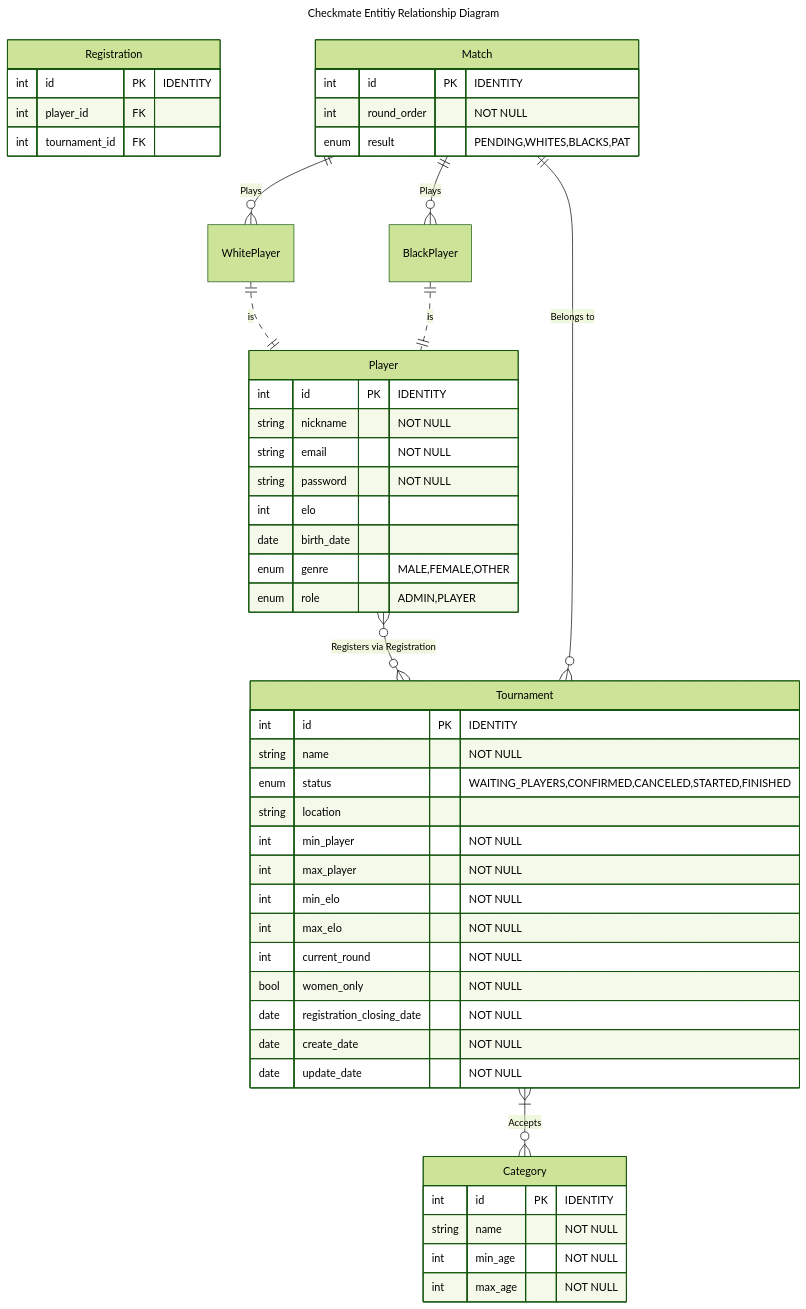
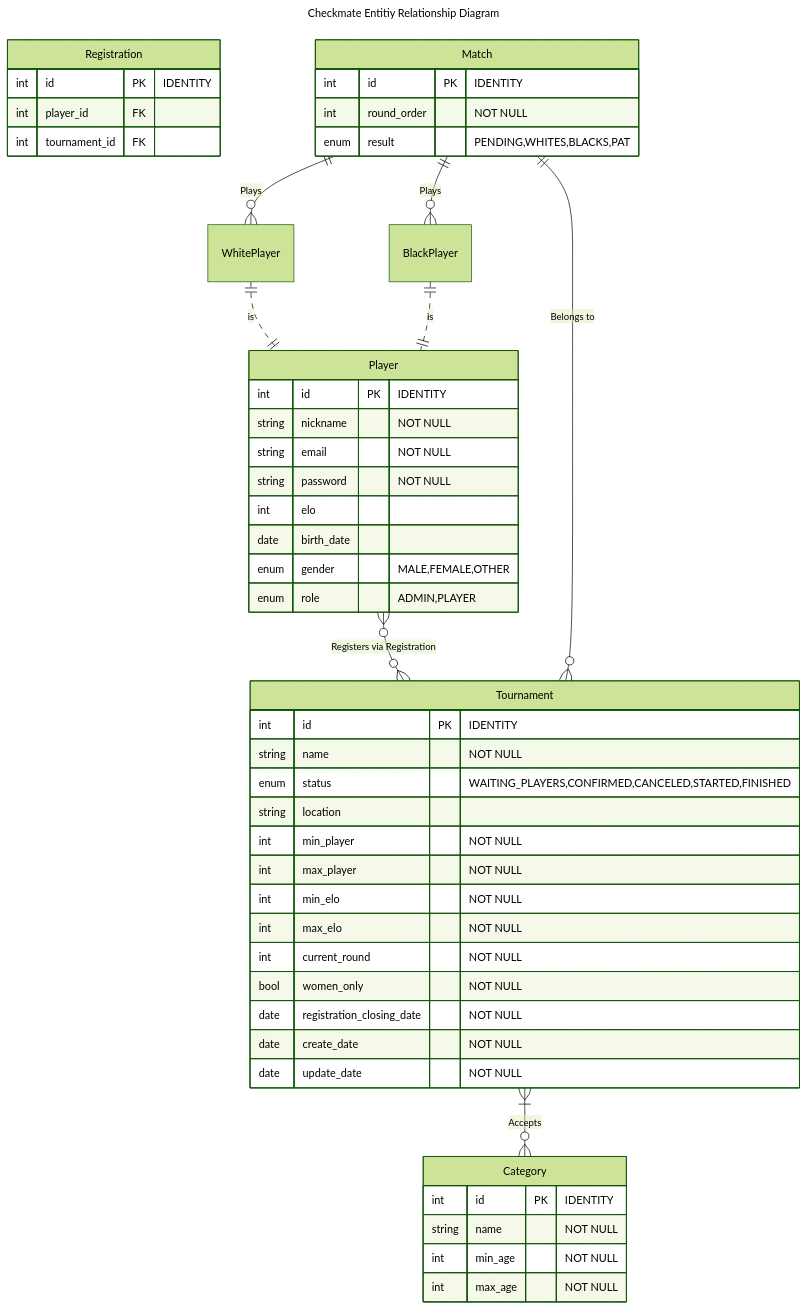
Before and after one commit to efemero-formation-fullstack/checkmate: the diagram in specs/erd.mmd, drawn with Mermaid. The commit also changed 21 other files, not shown here.

```diff
--- a/specs/erd.mmd
+++ b/specs/erd.mmd
@@ -1,67 +1,67 @@
 ---
 config:
   theme: 'forest'
 title: Checkmate Entitiy Relationship Diagram
 ---
 
 erDiagram
 	Player {
 		int id PK "IDENTITY"
 		string nickname "NOT NULL"
 		string email "NOT NULL"
 		string password "NOT NULL"
 		int elo
 		date birth_date
-		enum genre "MALE,FEMALE,OTHER"
+		enum gender "MALE,FEMALE,OTHER"
 		enum role "ADMIN,PLAYER"
 	}
 	
 	WhitePlayer {}
 	
 	BlackPlayer {}
 
 	WhitePlayer ||..|| Player : is
 	BlackPlayer ||..|| Player : is
 
 	Tournament {
 		int id PK "IDENTITY"
 		string name "NOT NULL"
 		enum status "WAITING_PLAYERS,CONFIRMED,CANCELED,STARTED,FINISHED"
 		string location
 		int min_player "NOT NULL"
 		int max_player "NOT NULL"
 		int min_elo "NOT NULL"
 		int max_elo "NOT NULL"
 		int current_round "NOT NULL"
 		bool women_only "NOT NULL"
 		date registration_closing_date "NOT NULL"
 		date create_date "NOT NULL"
 		date update_date "NOT NULL"
 	}
 
 	Category {
 		int id PK "IDENTITY"
 		string name "NOT NULL"
 		int min_age "NOT NULL"
 		int max_age "NOT NULL"
 	}
 
 	Registration {
 		int id PK "IDENTITY"
 		int player_id FK
 		int tournament_id FK
 	}
 
 	Match {
 		int id PK "IDENTITY"
 		int round_order "NOT NULL"
 		enum result "PENDING,WHITES,BLACKS,PAT"
 	}
 
 
 	Tournament }|--o{ Category : Accepts
 	Player }o--o{ Tournament : "Registers via Registration"
 		
 	Match ||--o{ Tournament : "Belongs to"
 	Match ||--o{ WhitePlayer : "Plays"
 	Match ||--o{ BlackPlayer : "Plays"
```
